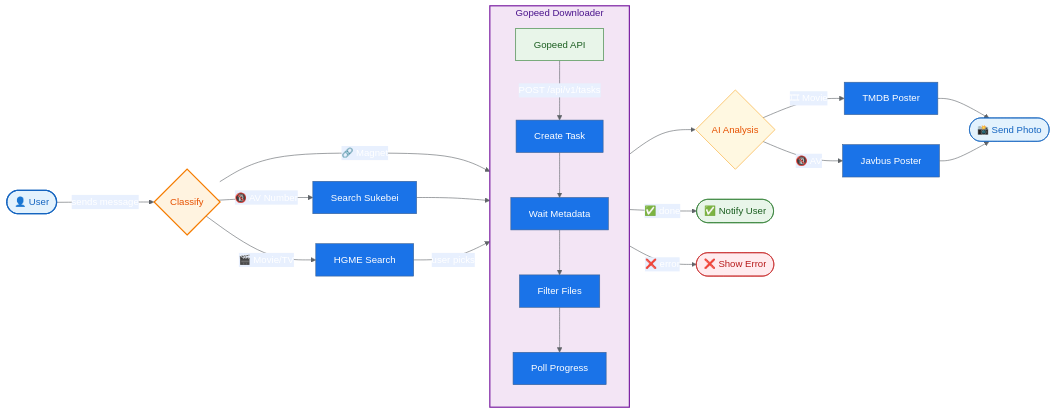
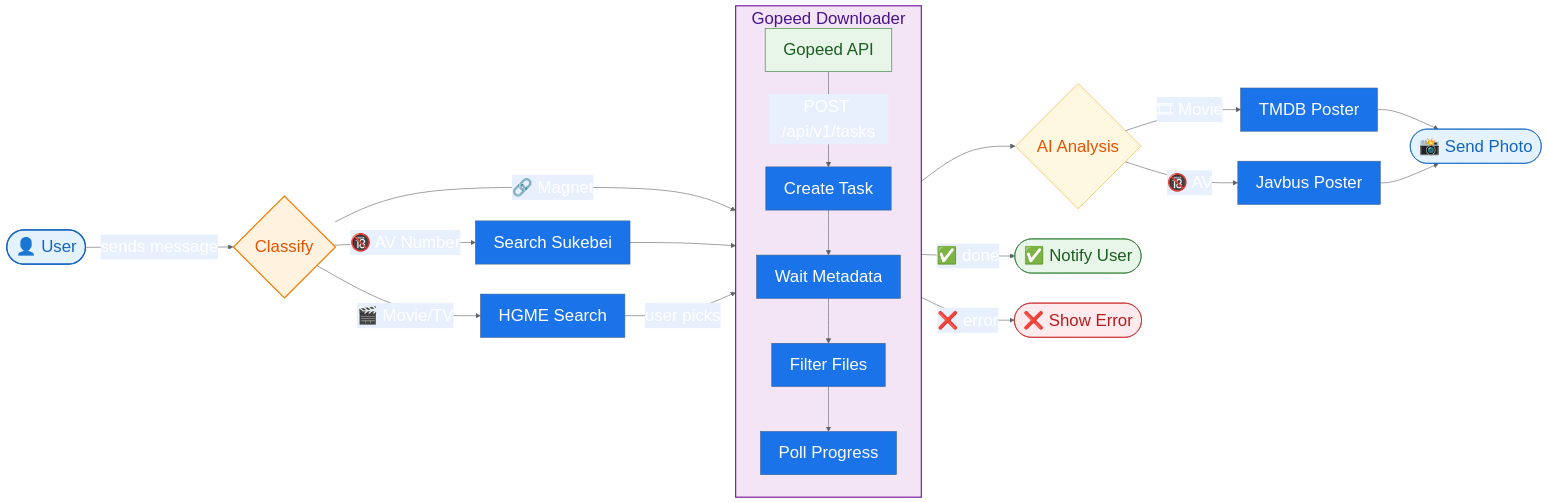
Before and after one commit to tianxia3111/tg-download-bot: the diagram in README.md, drawn with Mermaid.

Commit message:
docs: enlarge mermaid font to 28px

````diff
--- a/README.md
+++ b/README.md
@@ -7,47 +7,48 @@
 ```mermaid
 ---
 config:
   theme: base
   themeVariables:
+    fontSize: 28px
     primaryColor: "#1a73e8"
     primaryTextColor: "#fff"
     lineColor: "#5f6368"
     secondaryColor: "#e8f0fe"
     tertiaryColor: "#f8f9fa"
 ---
 flowchart LR
     U([👤 User]) -->|sends message| C{Classify}
 
     C -->|🔗 Magnet| AP[Gopeed API]
     C -->|🔞 AV Number| AV[Search Sukebei]
     C -->|🎬 Movie/TV| HG[HGME Search]
 
     AV --> AP
     HG -->|user picks| AP
 
     subgraph GP [Gopeed Downloader]
         direction TB
         AP -->|POST /api/v1/tasks| CR[Create Task]
         CR --> MD[Wait Metadata]
         MD --> FL[Filter Files]
         FL --> PO[Poll Progress]
     end
 
     GP --> AI{AI Analysis}
     AI -->|🎞 Movie| TM[TMDB Poster]
     AI -->|🔞 AV| JB[Javbus Poster]
     TM --> PH([📸 Send Photo])
     JB --> PH
 
     PO -->|✅ done| ED([✅ Notify User])
     PO -->|❌ error| EF([❌ Show Error])
 
     style U fill:#e3f2fd,stroke:#1565c0,stroke-width:2px,color:#1565c0
     style C fill:#fff3e0,stroke:#f57c00,stroke-width:2px,color:#e65100
     style AP fill:#e8f5e9,stroke:#2e7d32,color:#1b5e20
     style GP fill:#f3e5f5,stroke:#7b1fa2,stroke-width:2px,color:#4a148c
     style AI fill:#fff8e1,stroke:#f9a825,color:#e65100
     style PH fill:#e3f2fd,stroke:#1565c0,color:#1565c0
     style ED fill:#e8f5e9,stroke:#2e7d32,color:#1b5e20
     style EF fill:#ffebee,stroke:#c62828,color:#b71c1c
 ```
````
